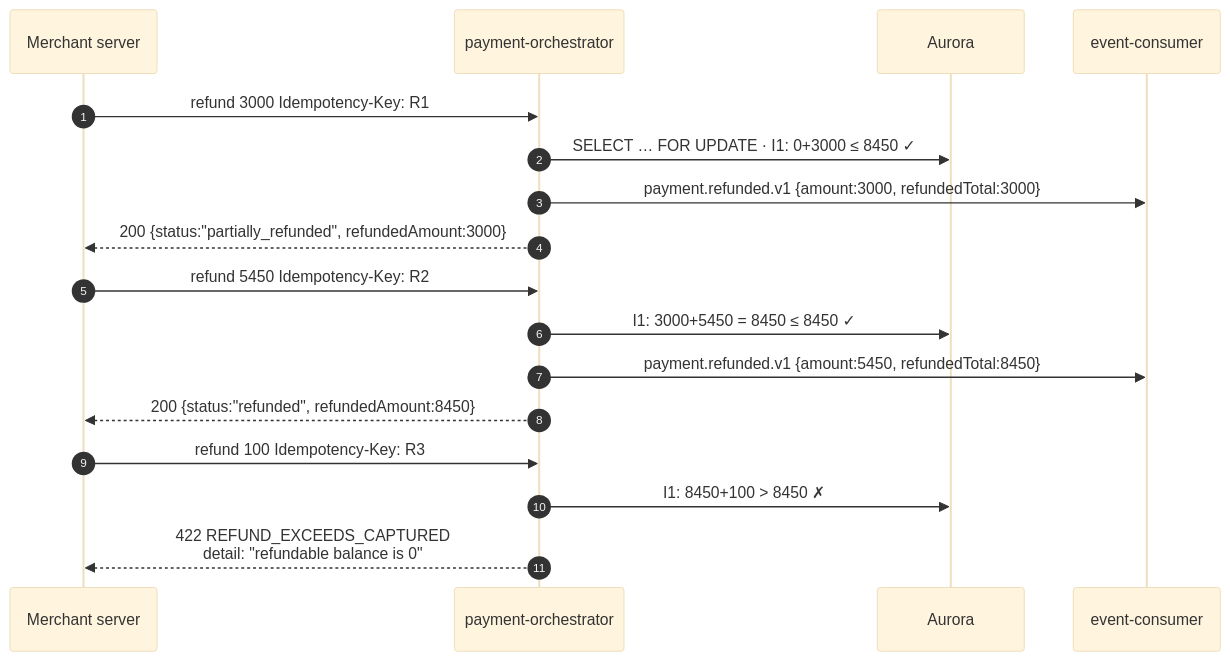
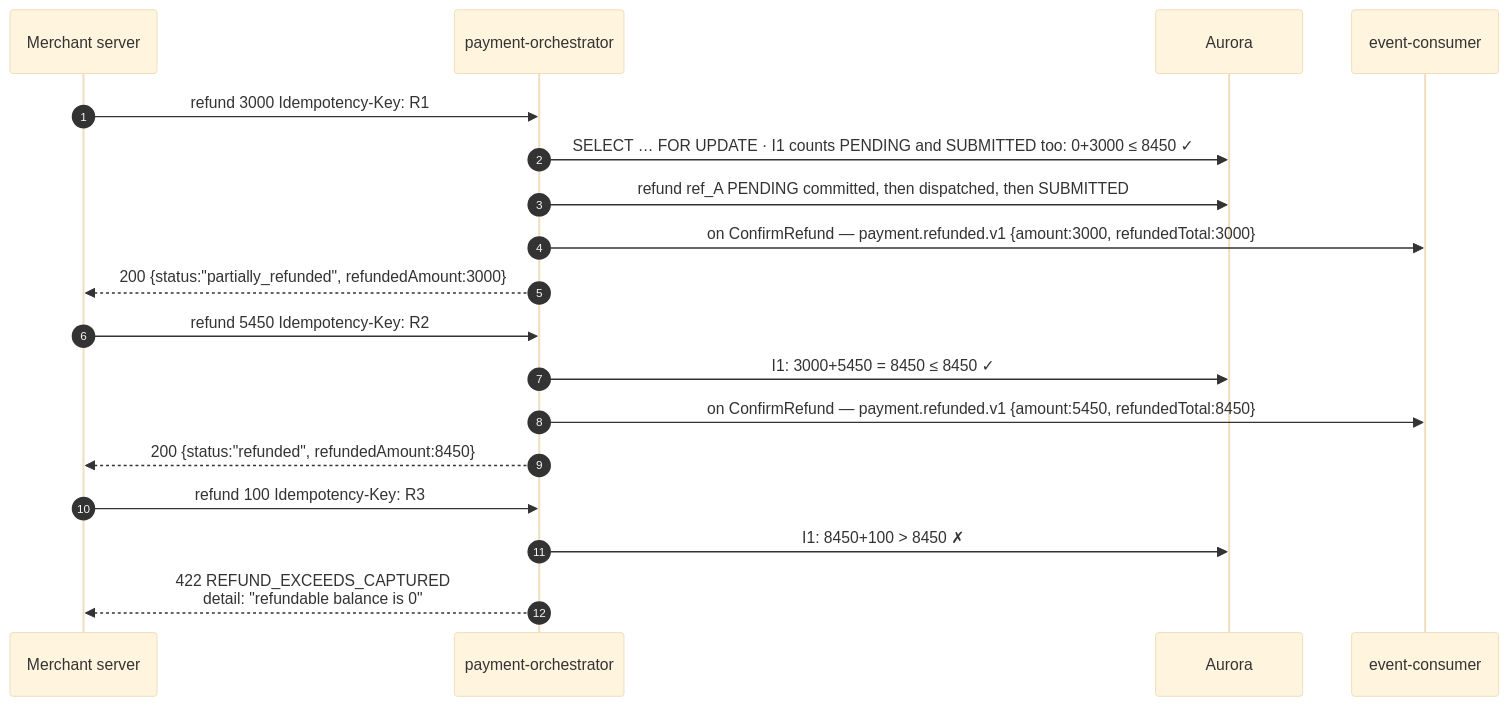
One commit to udaykishore-resu/payments-platform changed the fifth of 15 diagrams in docs/payment-flow.md. Above: the diagram before and after it, drawn with Mermaid (base theme). The commit also changed other lines of this file and 67 other files, not shown here.

````diff
--- a/docs/payment-flow.md
+++ b/docs/payment-flow.md
@@ -217,22 +232,23 @@
 ```mermaid
 sequenceDiagram
     autonumber
     participant MER as Merchant server
     participant ORC as payment-orchestrator
     participant PG as Aurora
     participant CON as event-consumer
 
     MER->>ORC: refund 3000  Idempotency-Key: R1
-    ORC->>PG: SELECT … FOR UPDATE · I1: 0+3000 ≤ 8450 ✓
-    ORC->>CON: payment.refunded.v1 {amount:3000, refundedTotal:3000}
+    ORC->>PG: SELECT … FOR UPDATE · I1 counts PENDING and SUBMITTED too: 0+3000 ≤ 8450 ✓
+    ORC->>PG: refund ref_A PENDING committed, then dispatched, then SUBMITTED
+    ORC->>CON: on ConfirmRefund — payment.refunded.v1 {amount:3000, refundedTotal:3000}
     ORC-->>MER: 200 {status:"partially_refunded", refundedAmount:3000}
 
     MER->>ORC: refund 5450  Idempotency-Key: R2
     ORC->>PG: I1: 3000+5450 = 8450 ≤ 8450 ✓
-    ORC->>CON: payment.refunded.v1 {amount:5450, refundedTotal:8450}
+    ORC->>CON: on ConfirmRefund — payment.refunded.v1 {amount:5450, refundedTotal:8450}
     ORC-->>MER: 200 {status:"refunded", refundedAmount:8450}
 
     MER->>ORC: refund 100  Idempotency-Key: R3
     ORC->>PG: I1: 8450+100 > 8450 ✗
     ORC-->>MER: 422 REFUND_EXCEEDS_CAPTURED<br/>detail: "refundable balance is 0"
 ```
````
